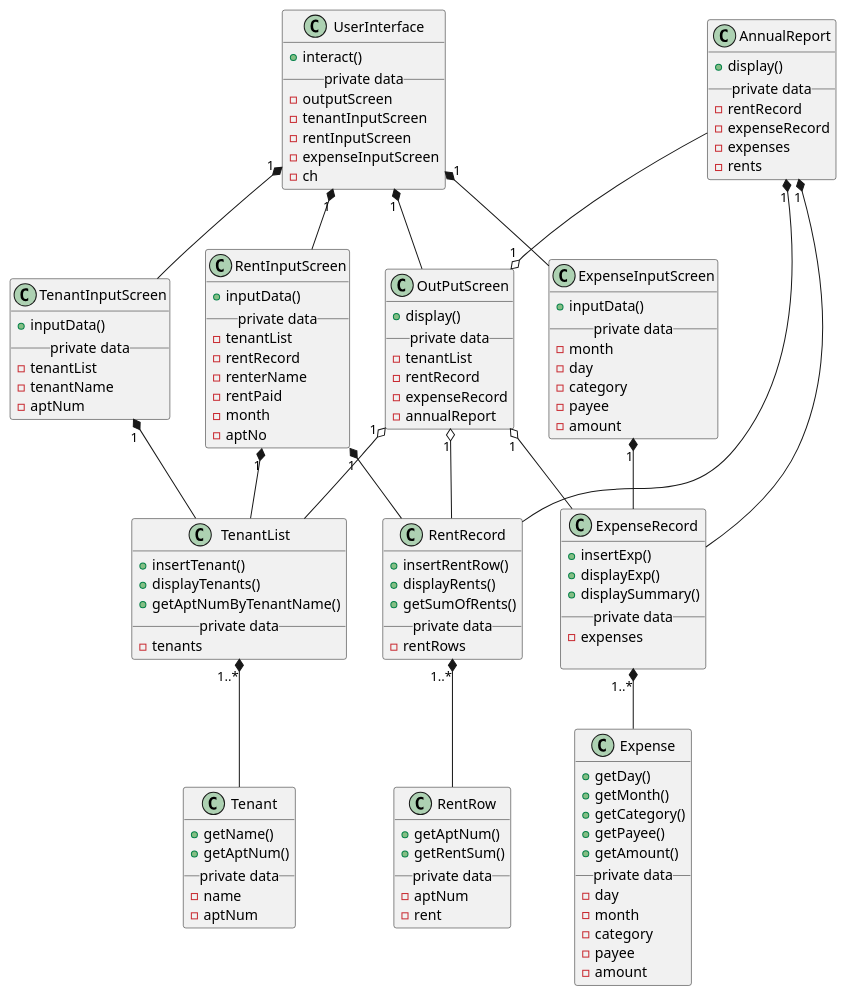
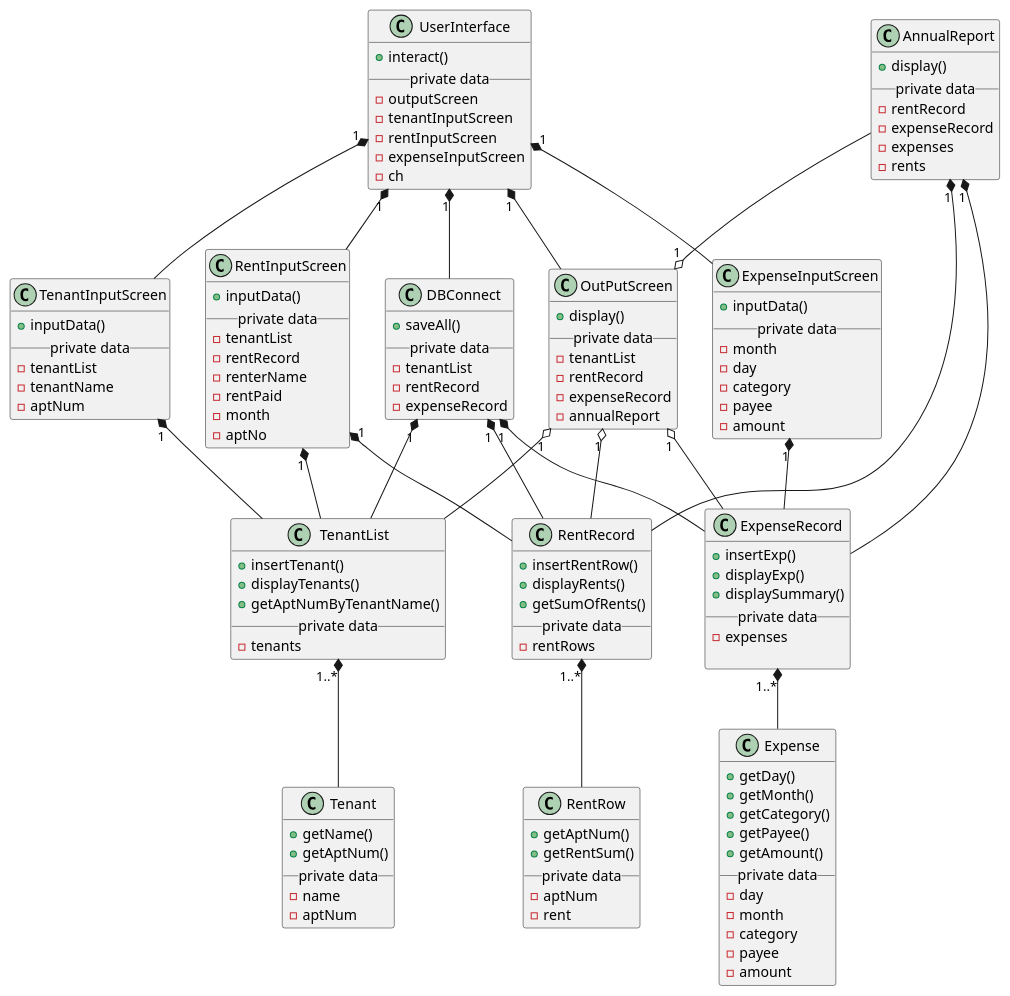
One commit to ben9543/CECS-343-Capstone-Project changed the diagram in activity3/activity3-3.puml. Above: the diagram before and after it, drawn with PlantUML.

```diff
--- a/activity3/activity3-3.puml
+++ b/activity3/activity3-3.puml
@@ -1,145 +1,158 @@
 @startuml activity3
 
 class Tenant {
     +getName()
     +getAptNum()
     __private data__
     -name
     -aptNum
 }
 class TenantList {
     +insertTenant()
     +displayTenants()
     +getAptNumByTenantName()
     __private data__
     -tenants
 }
 class Expense {
     +getDay()
     +getMonth()
     +getCategory()
     +getPayee()
     +getAmount()
     __private data__
     -day
     -month
     -category
     -payee
     -amount
 }
 class ExpenseRecord {
     +insertExp()
     +displayExp()
     +displaySummary()
     __private data__
     -expenses
     
 }
 class RentRow {
     +getAptNum()
     +getRentSum()
     __private data__
     -aptNum
     -rent
 }
 class RentRecord {
     +insertRentRow()
     +displayRents()
     +getSumOfRents()
     __private data__
     -rentRows
 }
 
 
 class AnnualReport{
     +display()
     __private data__
     -rentRecord
     -expenseRecord
     -expenses
     -rents
 }
 
 /'
 interface InputScreen{
     +inputData()
 }
 '/
 
 class TenantInputScreen{
     +inputData()
     __private data__
     -tenantList
     -tenantName
     -aptNum
 }
 class RentInputScreen{
     +inputData()
     __private data__
     -tenantList
     -rentRecord
     -renterName
     -rentPaid
     -month
     -aptNo
 }
 class ExpenseInputScreen{
     +inputData()
     __private data__
     -month
     -day
     -category
     -payee
     -amount
 }
 
 class OutPutScreen{
     +display()
     __private data__
     -tenantList
     -rentRecord
     -expenseRecord
     -annualReport
 }
 
+class DBConnect{
+    +saveAll()
+    __private data__
+    -tenantList
+    -rentRecord
+    -expenseRecord
+}
+
 class UserInterface{
     +interact()
     __private data__
     -outputScreen
     -tenantInputScreen
     -rentInputScreen
     -expenseInputScreen
     -ch
 }
 
 /' InputScreen associations '/
 TenantInputScreen "1" *-- TenantList
 RentInputScreen "1" *-- TenantList
 RentInputScreen "1" *-- RentRecord
 ExpenseInputScreen "1" *-- ExpenseRecord
 
 
 /'InputScreen <|. TenantInputScreen
 InputScreen <|. RentInputScreen
 InputScreen <|. ExpenseInputScreen'/
 
 TenantList "1..*" *-- Tenant
 RentRecord "1..*" *-- RentRow
 ExpenseRecord "1..*" *-- Expense
 
+DBConnect "1" *-- TenantList 
+DBConnect "1" *-- RentRecord 
+DBConnect "1" *-- ExpenseRecord 
+
 OutPutScreen "1" o-- RentRecord
 OutPutScreen "1" o-- TenantList
 OutPutScreen "1" o-- ExpenseRecord
 OutPutScreen "1" o-up- AnnualReport
 
 
 ExpenseRecord --* "1" AnnualReport
 RentRecord --* "1" AnnualReport
 
 /' UserInterface associations '/
 UserInterface "1" *-- OutPutScreen
 UserInterface "1" *-- TenantInputScreen
 UserInterface "1" *-- RentInputScreen
 UserInterface "1" *-- ExpenseInputScreen
+UserInterface "1" *-right- DBConnect
 
 @enduml
```
